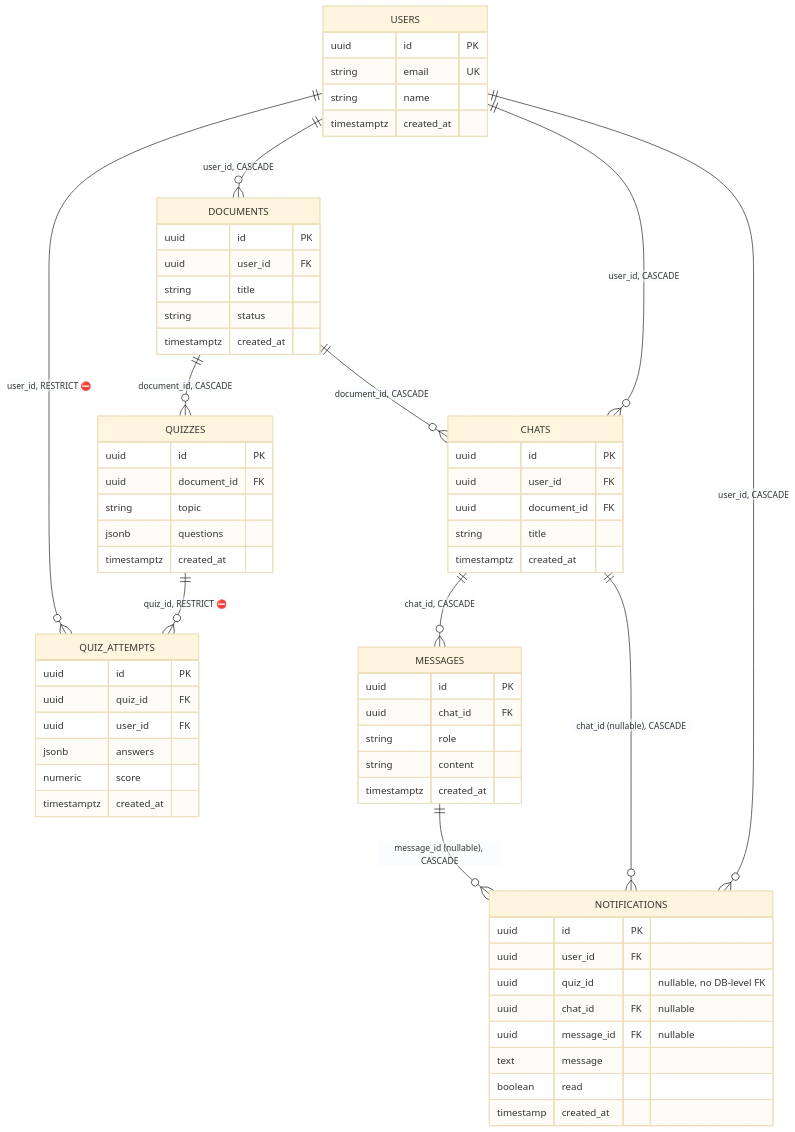
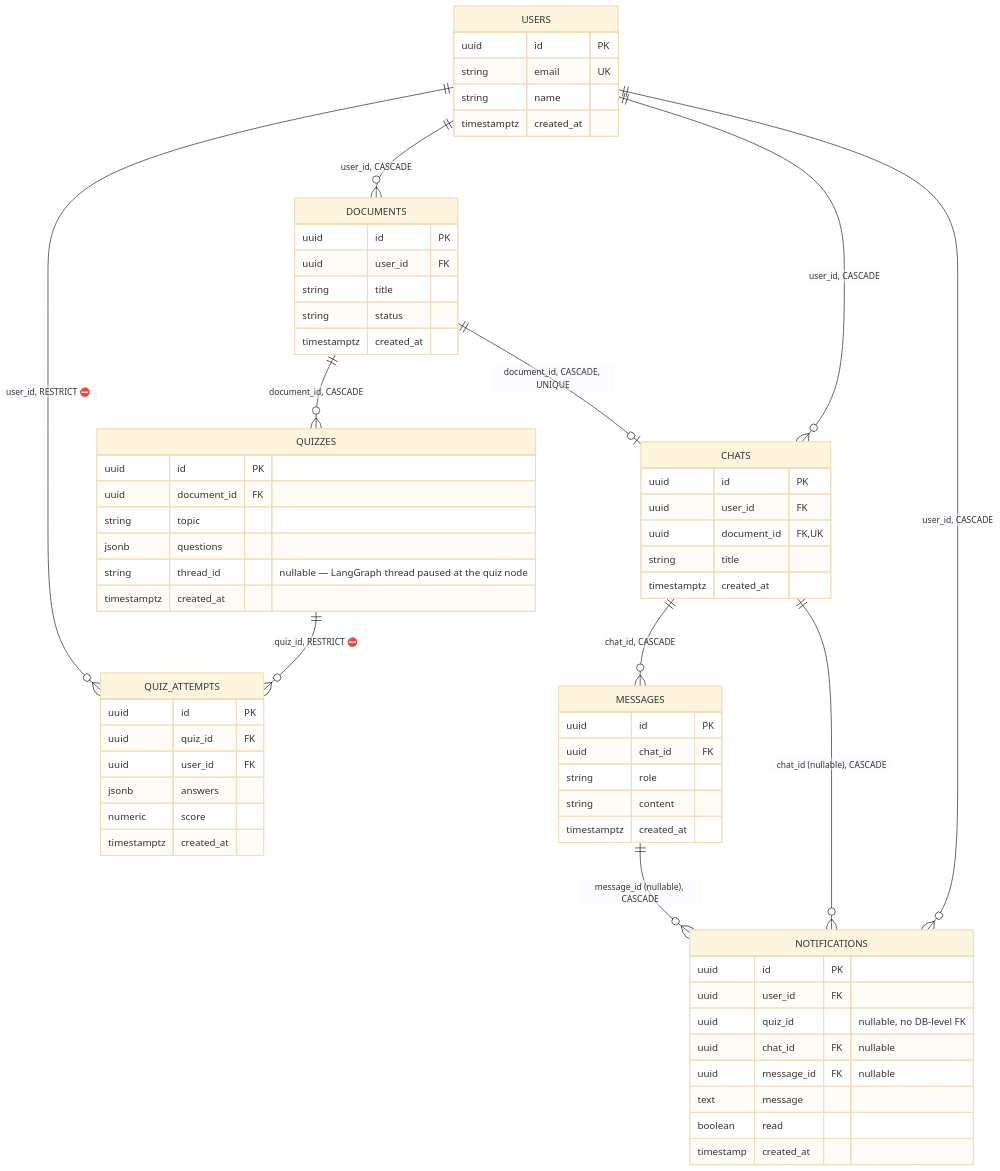
The second of 5 diagrams in docs/architecture.md (codeshivamsi-sketch/ai_study_assistant_edumind), drawn with Mermaid (base theme) before and after one commit. The commit also changed other lines of this file and 113 other files, not shown here.

````diff
--- a/docs/architecture.md
+++ b/docs/architecture.md
@@ -11,66 +102,67 @@
 ```mermaid
 erDiagram
     USERS ||--o{ DOCUMENTS : "user_id, CASCADE"
     DOCUMENTS ||--o{ QUIZZES : "document_id, CASCADE"
     QUIZZES ||--o{ QUIZ_ATTEMPTS : "quiz_id, RESTRICT ⛔"
     USERS ||--o{ QUIZ_ATTEMPTS : "user_id, RESTRICT ⛔"
     USERS ||--o{ CHATS : "user_id, CASCADE"
-    DOCUMENTS ||--o{ CHATS : "document_id, CASCADE"
+    DOCUMENTS ||--o| CHATS : "document_id, CASCADE, UNIQUE"
     CHATS ||--o{ MESSAGES : "chat_id, CASCADE"
     USERS ||--o{ NOTIFICATIONS : "user_id, CASCADE"
     CHATS ||--o{ NOTIFICATIONS : "chat_id (nullable), CASCADE"
     MESSAGES ||--o{ NOTIFICATIONS : "message_id (nullable), CASCADE"
 
     USERS {
         uuid id PK
         string email UK
         string name
         timestamptz created_at
     }
     DOCUMENTS {
         uuid id PK
         uuid user_id FK
         string title
         string status
         timestamptz created_at
     }
     QUIZZES {
         uuid id PK
         uuid document_id FK
         string topic
         jsonb questions
+        string thread_id "nullable — LangGraph thread paused at the quiz node"
         timestamptz created_at
     }
     QUIZ_ATTEMPTS {
         uuid id PK
         uuid quiz_id FK
         uuid user_id FK
         jsonb answers
         numeric score
         timestamptz created_at
     }
     CHATS {
         uuid id PK
         uuid user_id FK
-        uuid document_id FK
+        uuid document_id FK, UK
         string title
         timestamptz created_at
     }
     MESSAGES {
         uuid id PK
         uuid chat_id FK
         string role
         string content
         timestamptz created_at
     }
     NOTIFICATIONS {
         uuid id PK
         uuid user_id FK
         uuid quiz_id "nullable, no DB-level FK"
         uuid chat_id FK "nullable"
         uuid message_id FK "nullable"
         text message
         boolean read
         timestamp created_at
     }
 ```
````
